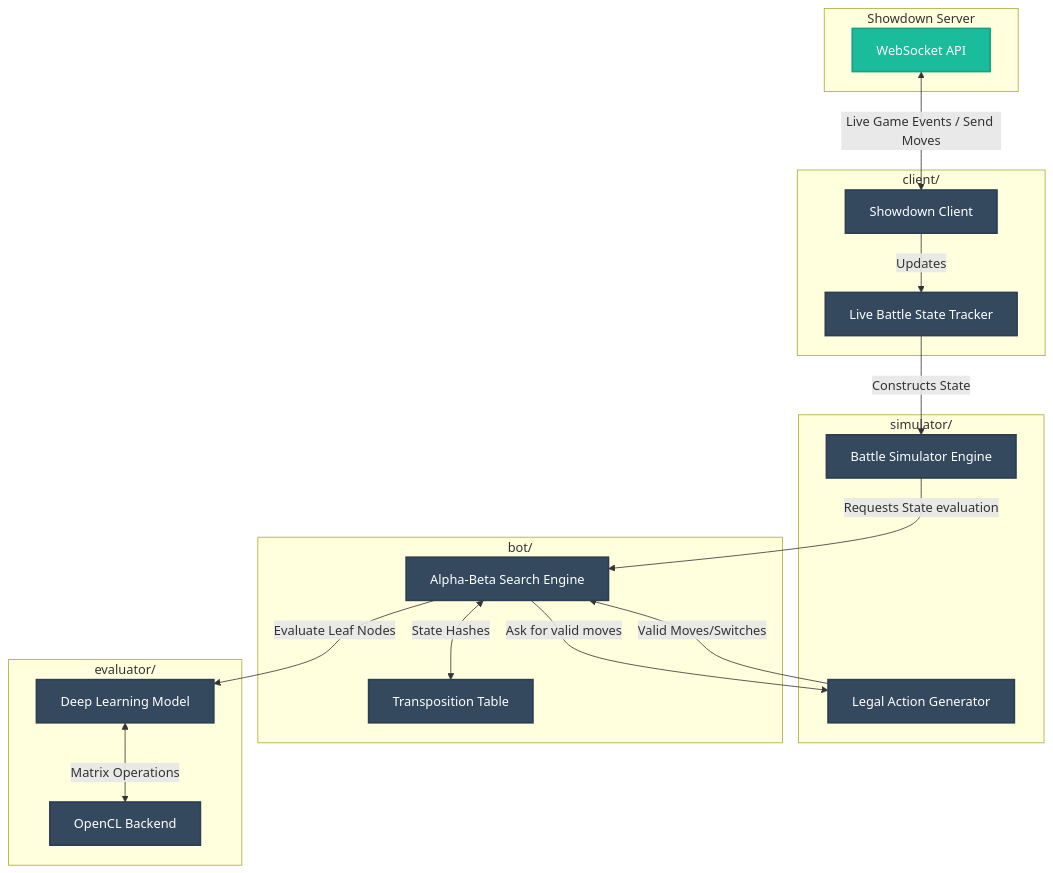
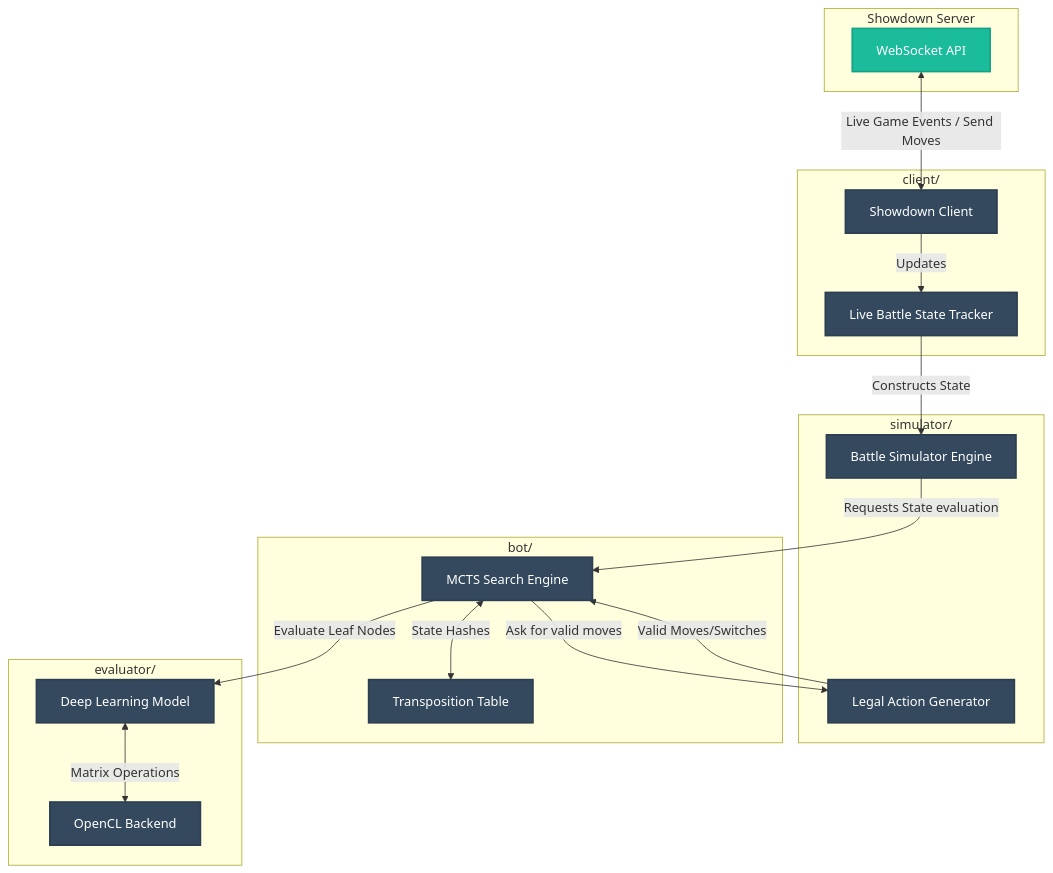
Before and after one commit to Grammercy/ClankerIsComing: the first of 3 diagrams in README.md, drawn with Mermaid. The commit also changed other lines of this file, not shown here.

````diff
--- a/README.md
+++ b/README.md
@@ -22,40 +22,40 @@
 ```mermaid
 graph TD
     classDef main fill:#2C3E50,stroke:#2C3E50,stroke-width:2px,color:#fff;
     classDef module fill:#34495E,stroke:#2C3E50,stroke-width:2px,color:#fff;
     classDef external fill:#1ABC9C,stroke:#16A085,stroke-width:2px,color:#fff;
 
     subgraph Showdown Server
         WS[WebSocket API]:::external
     end
 
     subgraph "client/"
         Client[Showdown Client]:::module
         BattleTracker[Live Battle State Tracker]:::module
     end
 
     subgraph "simulator/"
         BattleSim[Battle Simulator Engine]:::module
         ActionGen[Legal Action Generator]:::module
     end
 
     subgraph "bot/"
-        Search[Alpha-Beta Search Engine]:::module
+        Search[MCTS Search Engine]:::module
         TT[Transposition Table]:::module
     end
 
     subgraph "evaluator/"
         NN[Deep Learning Model]:::module
         OpenCL[OpenCL Backend]:::module
     end
 
     WS <--> |Live Game Events / Send Moves| Client
     Client --> |Updates| BattleTracker
     BattleTracker --> |Constructs State| BattleSim
     BattleSim --> |Requests State evaluation| Search
     Search --> |Ask for valid moves| ActionGen
     ActionGen --> |Valid Moves/Switches| Search
     Search <--> |State Hashes| TT
     Search --> |Evaluate Leaf Nodes| NN
     NN <--> |Matrix Operations| OpenCL
 ```
````
